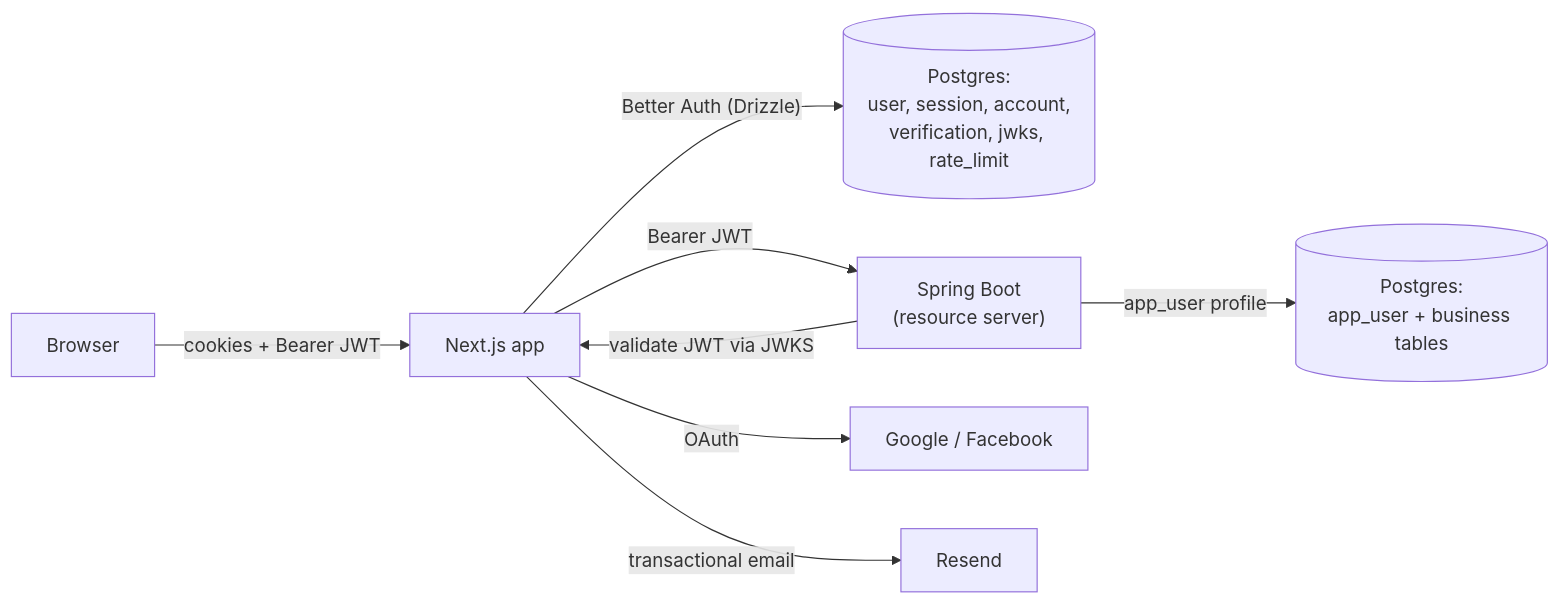
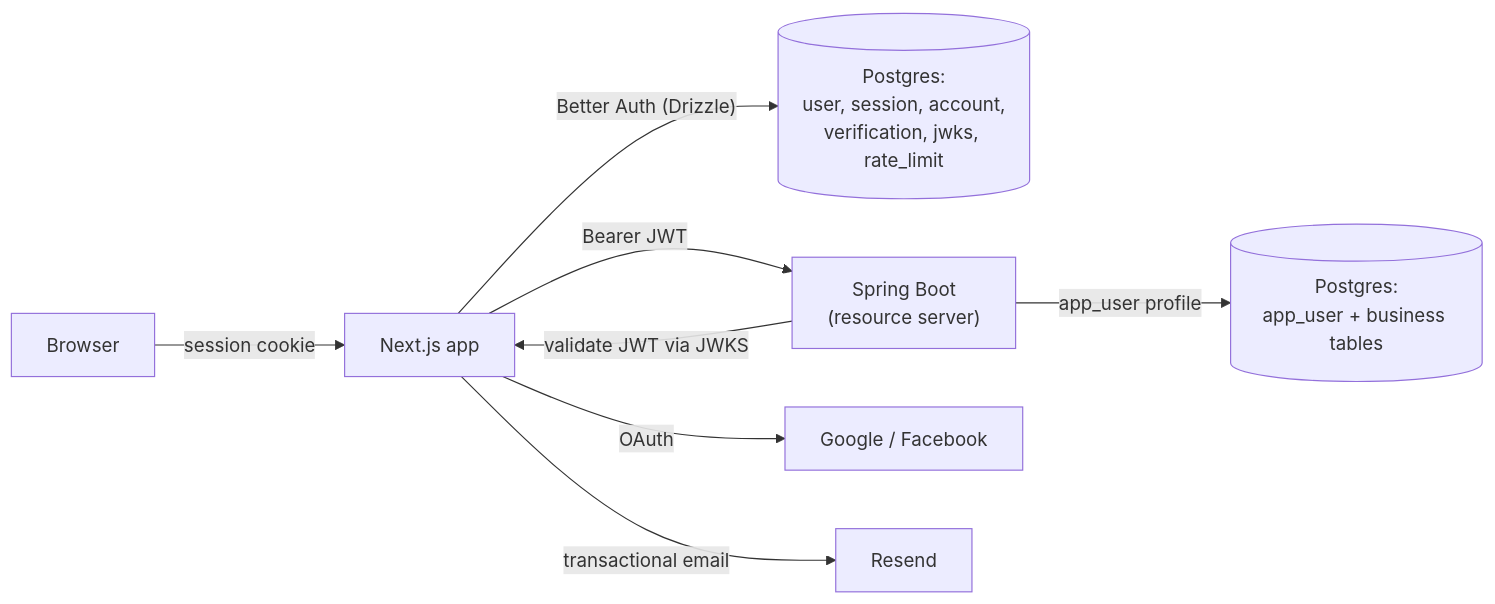
Before and after one commit to OffCrazyFreak/Disscount: the first of 4 diagrams in docs/AUTH.md, drawn with Mermaid. The commit also changed other lines of this file and 5 other files, not shown here.

First line of the commit message:
docs(auth): Describe the backend proxy and drop the browser token flow

````diff
--- a/docs/AUTH.md
+++ b/docs/AUTH.md
@@ -16,10 +16,10 @@
 ```mermaid
 flowchart LR
-    Browser["Browser"] -->|"cookies + Bearer JWT"| Next["Next.js app"]
+    Browser["Browser"] -->|"session cookie"| Next["Next.js app"]
     Next -->|"Better Auth (Drizzle)"| AuthDB[("Postgres:<br/>user, session, account,<br/>verification, jwks, rate_limit")]
     Next -->|"Bearer JWT"| Spring["Spring Boot<br/>(resource server)"]
     Spring -->|"validate JWT via JWKS"| Next
     Spring -->|"app_user profile"| BizDB[("Postgres:<br/>app_user + business tables")]
     Next -->|"OAuth"| Providers["Google / Facebook"]
     Next -->|"transactional email"| Resend["Resend"]
 ```
````
